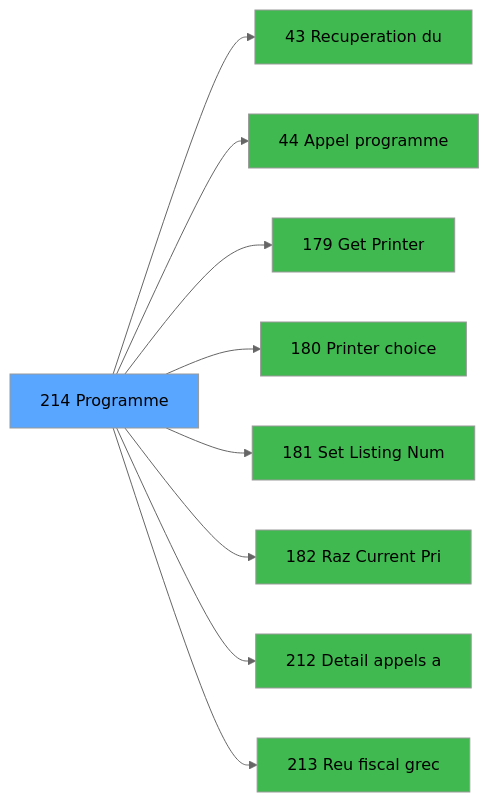
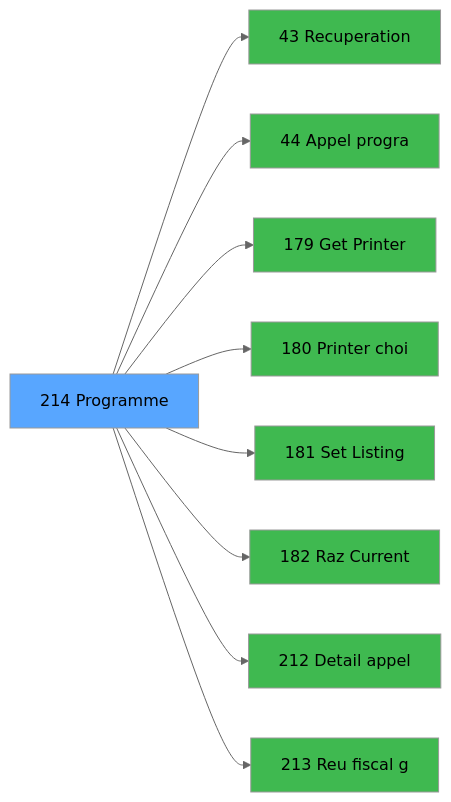
Before and after one commit to thonyAGP/magic-migration: the third of 3 diagrams in .openspec/specs/ADH-IDE-214.md, drawn with Mermaid (neutral theme). The commit also changed other lines of this file and 323 other files, not shown here.

````diff
--- a/.openspec/specs/ADH-IDE-214.md
+++ b/.openspec/specs/ADH-IDE-214.md
@@ -114,29 +134,29 @@
 ```mermaid
 graph LR
     T[214 Programme]
-    C43[43 Recuperation du]
+    C43[43 Recuperation]
     T --> C43
-    C44[44 Appel programme]
+    C44[44 Appel progra]
     T --> C44
     C179[179 Get Printer]
     T --> C179
-    C180[180 Printer choice]
+    C180[180 Printer choi]
     T --> C180
-    C181[181 Set Listing Num]
+    C181[181 Set Listing ]
     T --> C181
-    C182[182 Raz Current Pri]
+    C182[182 Raz Current ]
     T --> C182
-    C212[212 Detail appels a]
+    C212[212 Detail appel]
     T --> C212
-    C213[213 Reu fiscal grec]
+    C213[213 Reu fiscal g]
     T --> C213
     style T fill:#58a6ff,color:#000
     style C43 fill:#3fb950
     style C44 fill:#3fb950
     style C179 fill:#3fb950
     style C180 fill:#3fb950
     style C181 fill:#3fb950
     style C182 fill:#3fb950
     style C212 fill:#3fb950
     style C213 fill:#3fb950
 ```
````
